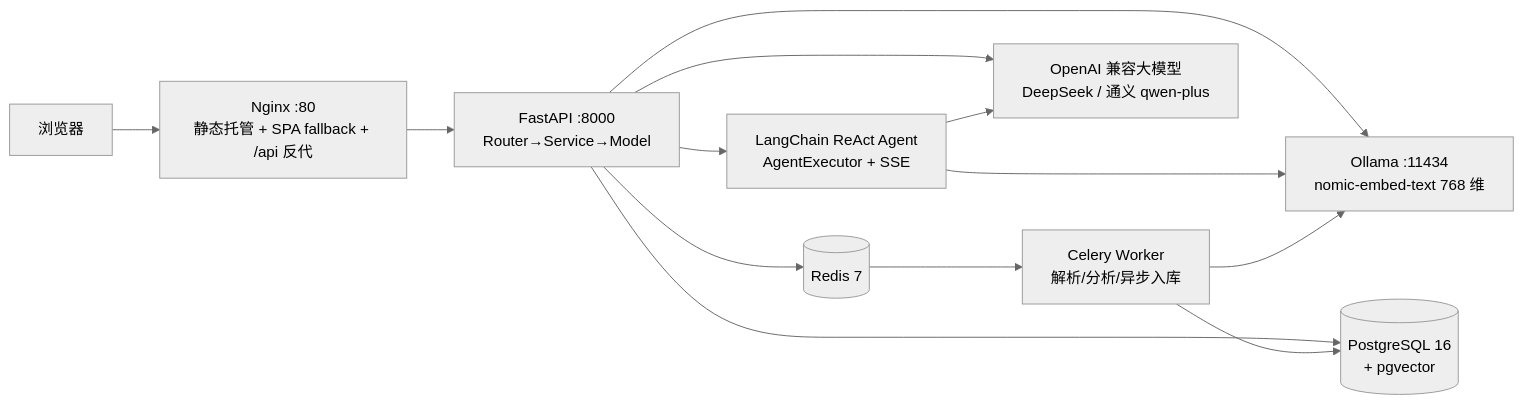
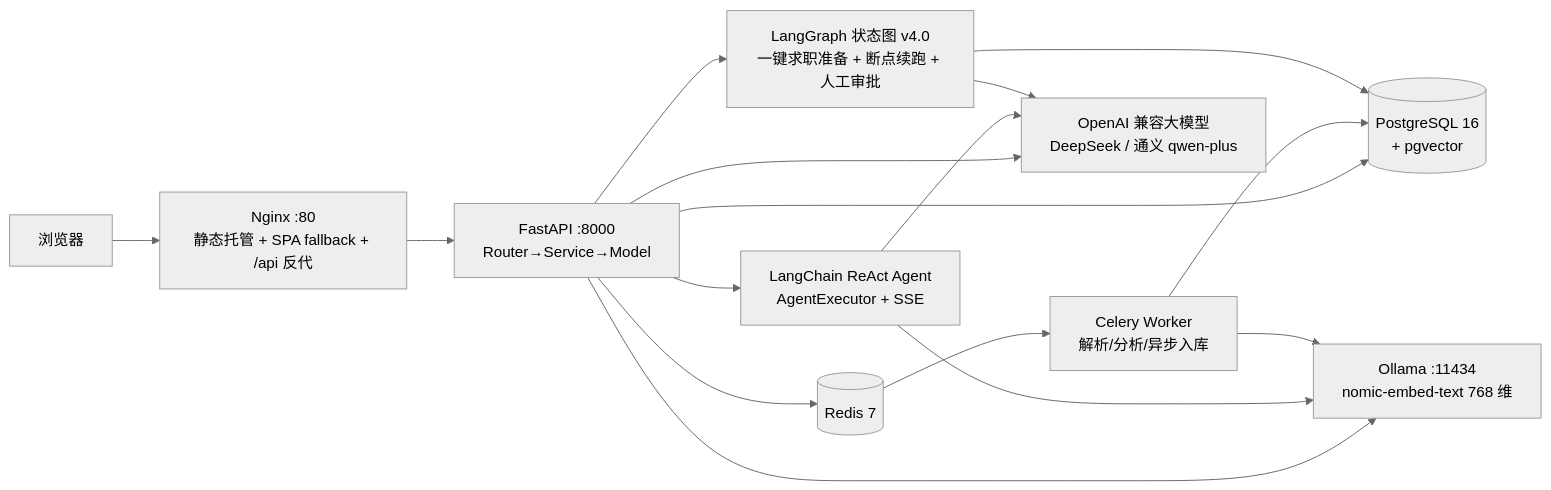
Before and after one commit to witwarmthhumor/AIResume-analysis-platform-AI-: the diagram in docs/tech-stack-and-features.md, drawn with Mermaid (neutral theme). The commit also changed other lines of this file and 2 other files, not shown here.

First line of the commit message:
docs: 文档口径统一到 v4.0.1 / 330 pytest / 13 工具，补 v4.0 LangGraph 内容

````diff
--- a/docs/tech-stack-and-features.md
+++ b/docs/tech-stack-and-features.md
@@ -14,15 +14,18 @@
 ```mermaid
 flowchart LR
   Browser[浏览器] --> Nginx[Nginx :80<br/>静态托管 + SPA fallback + /api 反代]
   Nginx --> API[FastAPI :8000<br/>Router→Service→Model]
   API --> PG[(PostgreSQL 16<br/>+ pgvector)]
   API --> Redis[(Redis 7)]
   Redis --> Worker[Celery Worker<br/>解析/分析/异步入库]
   Worker --> PG
   API --> LLM[OpenAI 兼容大模型<br/>DeepSeek / 通义 qwen-plus]
   API --> Ollama[Ollama :11434<br/>nomic-embed-text 768 维]
   API --> Agent[LangChain ReAct Agent<br/>AgentExecutor + SSE]
   Agent --> Ollama
   Agent --> LLM
+  API --> Graph[LangGraph 状态图 v4.0<br/>一键求职准备 + 断点续跑 + 人工审批]
+  Graph --> PG
+  Graph --> LLM
   Worker --> Ollama
 ```
````
